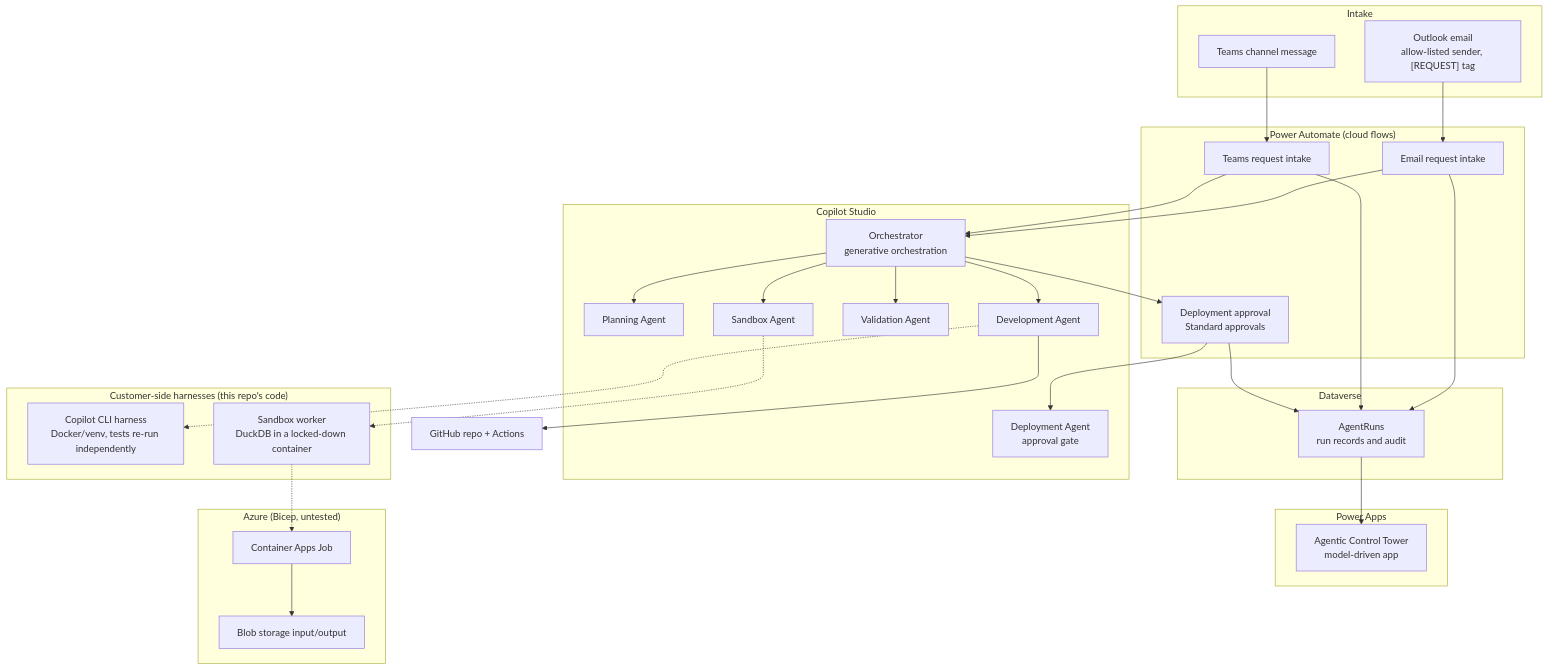
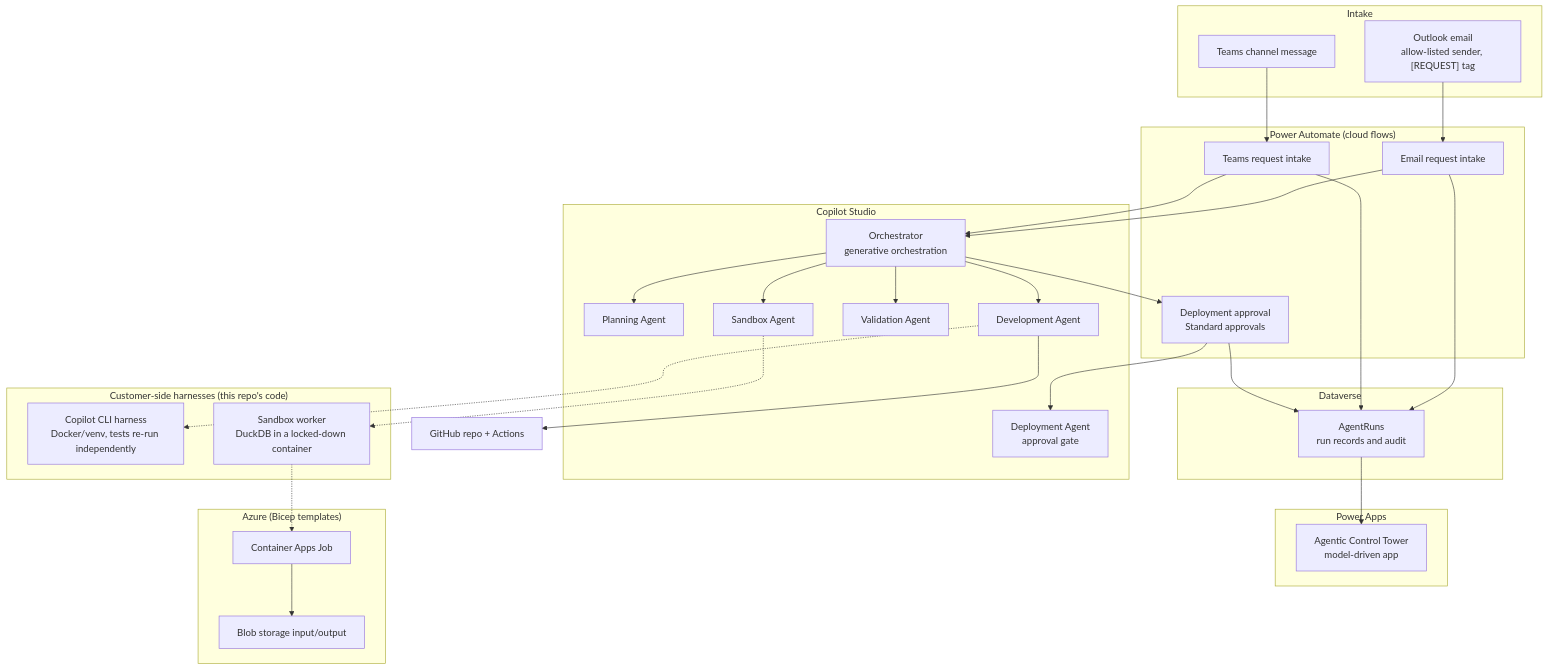
Before and after one commit to ArmenMadoyan/microsoft-agentic-factory: the diagram in README.md, drawn with Mermaid. The commit also changed other lines of this file, not shown here.

````diff
--- a/README.md
+++ b/README.md
@@ -45,50 +44,50 @@
 ```mermaid
 flowchart TB
     subgraph IN["Intake"]
         EM["Outlook email<br/>allow-listed sender, [REQUEST] tag"]
         TM["Teams channel message"]
     end
     subgraph PA["Power Automate (cloud flows)"]
         F1["Email request intake"]
         F2["Teams request intake"]
         F3["Deployment approval<br/>Standard approvals"]
     end
     subgraph CS["Copilot Studio"]
         ORCH["Orchestrator<br/>generative orchestration"]
         PLAN["Planning Agent"]
         DEV["Development Agent"]
         VAL["Validation Agent"]
         DEP["Deployment Agent<br/>approval gate"]
         SBX["Sandbox Agent"]
     end
     subgraph DV["Dataverse"]
         RUNS["AgentRuns<br/>run records and audit"]
     end
     subgraph UI["Power Apps"]
         APP["Agentic Control Tower<br/>model-driven app"]
     end
     subgraph WK["Customer-side harnesses (this repo's code)"]
         HAR["Copilot CLI harness<br/>Docker/venv, tests re-run independently"]
         SBW["Sandbox worker<br/>DuckDB in a locked-down container"]
     end
-    subgraph AZ["Azure (Bicep, untested)"]
+    subgraph AZ["Azure (Bicep templates)"]
         BLOB["Blob storage input/output"]
         JOB["Container Apps Job"]
     end
     GH["GitHub repo + Actions"]
     EM --> F1 --> RUNS
     TM --> F2 --> RUNS
     F1 --> ORCH
     F2 --> ORCH
     ORCH --> PLAN
     ORCH --> SBX
     ORCH --> DEV
     ORCH --> VAL
     ORCH --> F3 --> RUNS
     F3 --> DEP
     DEV --> GH
     DEV -.-> HAR
     SBX -.-> SBW
     SBW -.-> JOB --> BLOB
     RUNS --> APP
 ```
````
